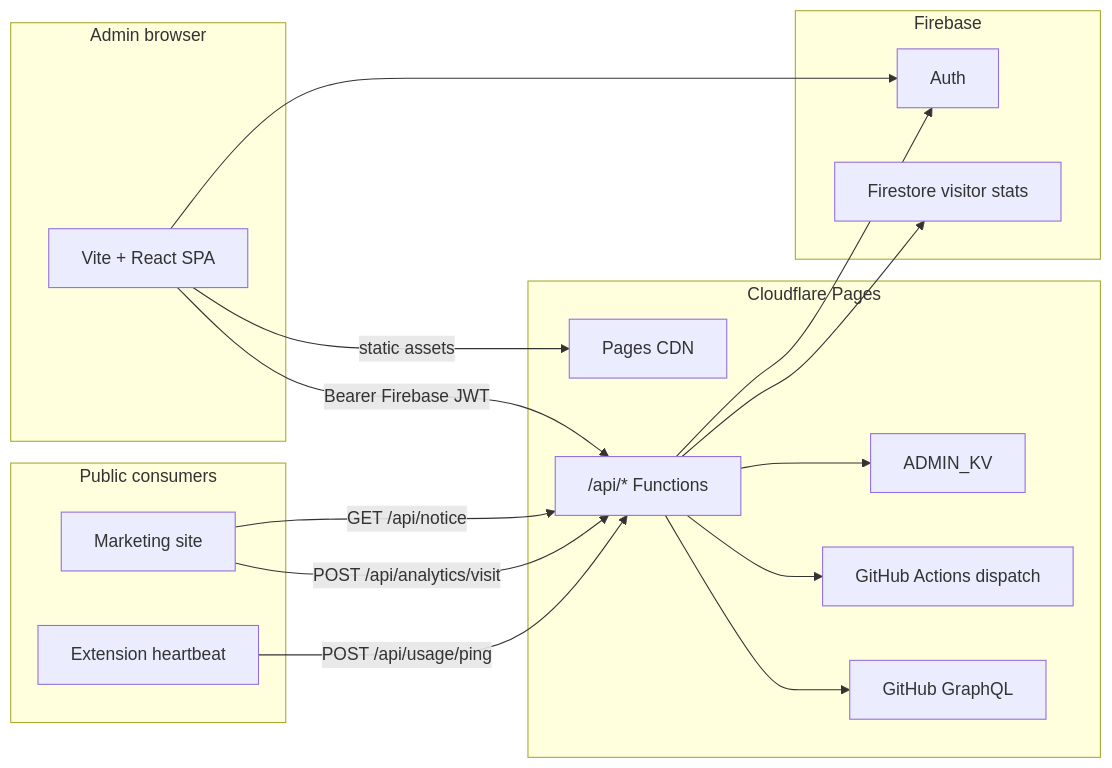
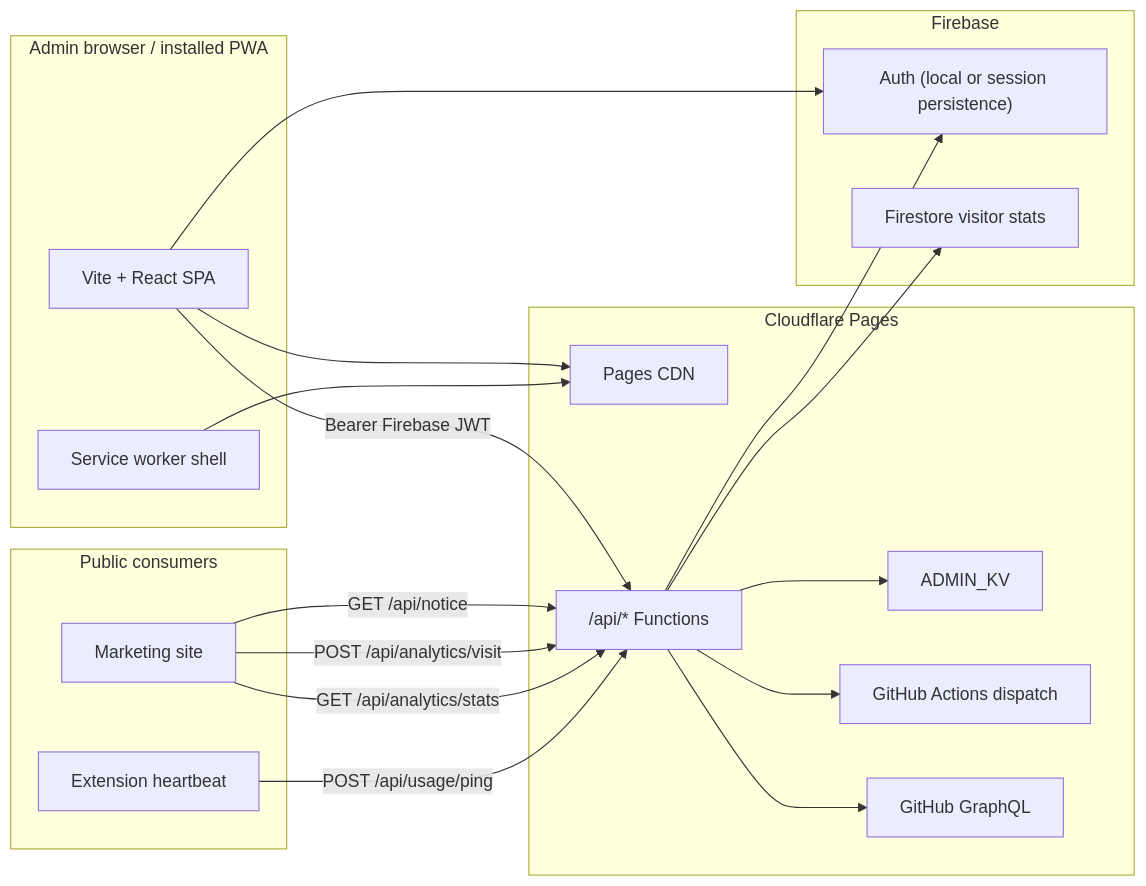
The diagram in website/admin/README.md (Maijied/Cursor-Curse-Monitor-by-Lorapok), drawn with Mermaid before and after one commit. The commit also changed other lines of this file and 2 other files, not shown here.

First line of the commit message:
docs: refresh READMEs for PWA, auth, analytics, and SEO workflows.

````diff
--- a/website/admin/README.md
+++ b/website/admin/README.md
@@ -16,26 +34,29 @@
 ```mermaid
 flowchart LR
-  subgraph Browser["Admin browser"]
+  subgraph Browser["Admin browser / installed PWA"]
     SPA["Vite + React SPA"]
+    SW["Service worker shell"]
   end
 
   subgraph CF["Cloudflare Pages"]
-  SPA -->|"static assets"| CDN["Pages CDN"]
+  SPA --> CDN["Pages CDN"]
+  SW --> CDN
   SPA -->|"Bearer Firebase JWT"| API["/api/* Functions"]
   API --> KV["ADMIN_KV"]
   API --> GHA["GitHub Actions dispatch"]
   API --> GH["GitHub GraphQL"]
   end
 
   subgraph Firebase["Firebase"]
-  SPA --> Auth["Auth"]
+  SPA --> Auth["Auth (local or session persistence)"]
   API --> Auth
   API --> FS["Firestore visitor stats"]
   end
 
   subgraph Public["Public consumers"]
   Site["Marketing site"] -->|"GET /api/notice"| API
   Site -->|"POST /api/analytics/visit"| API
+  Site -->|"GET /api/analytics/stats"| API
   Ext["Extension heartbeat"] -->|"POST /api/usage/ping"| API
   end
 ```
````
